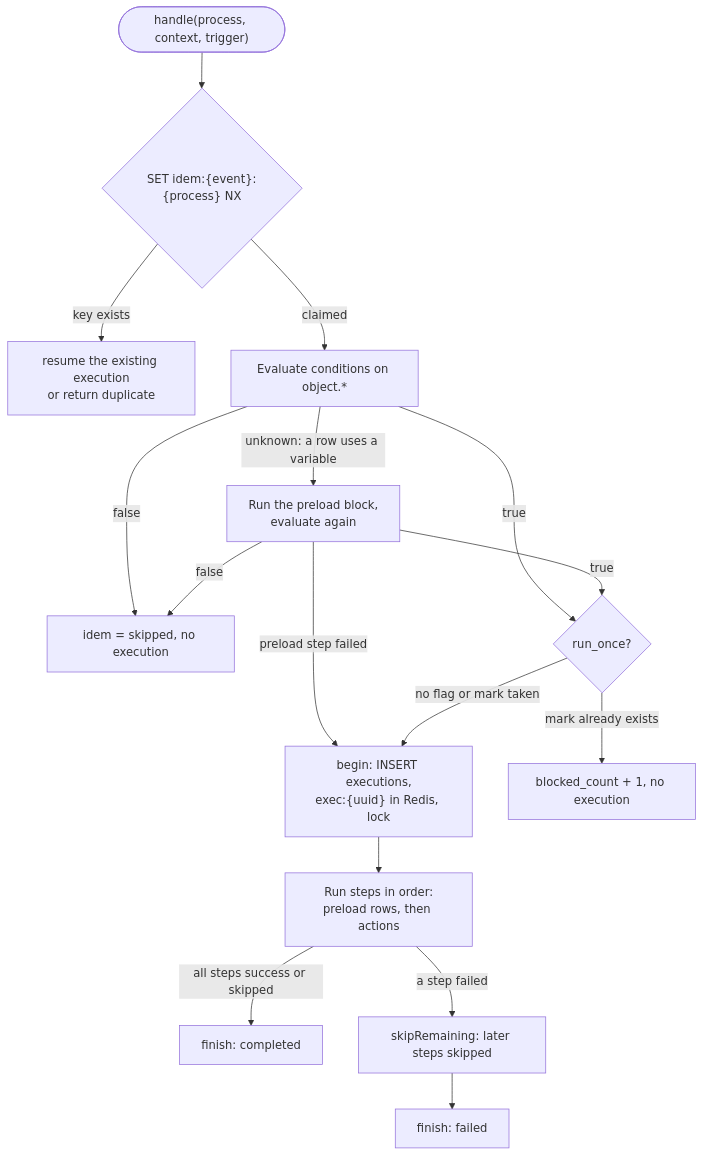
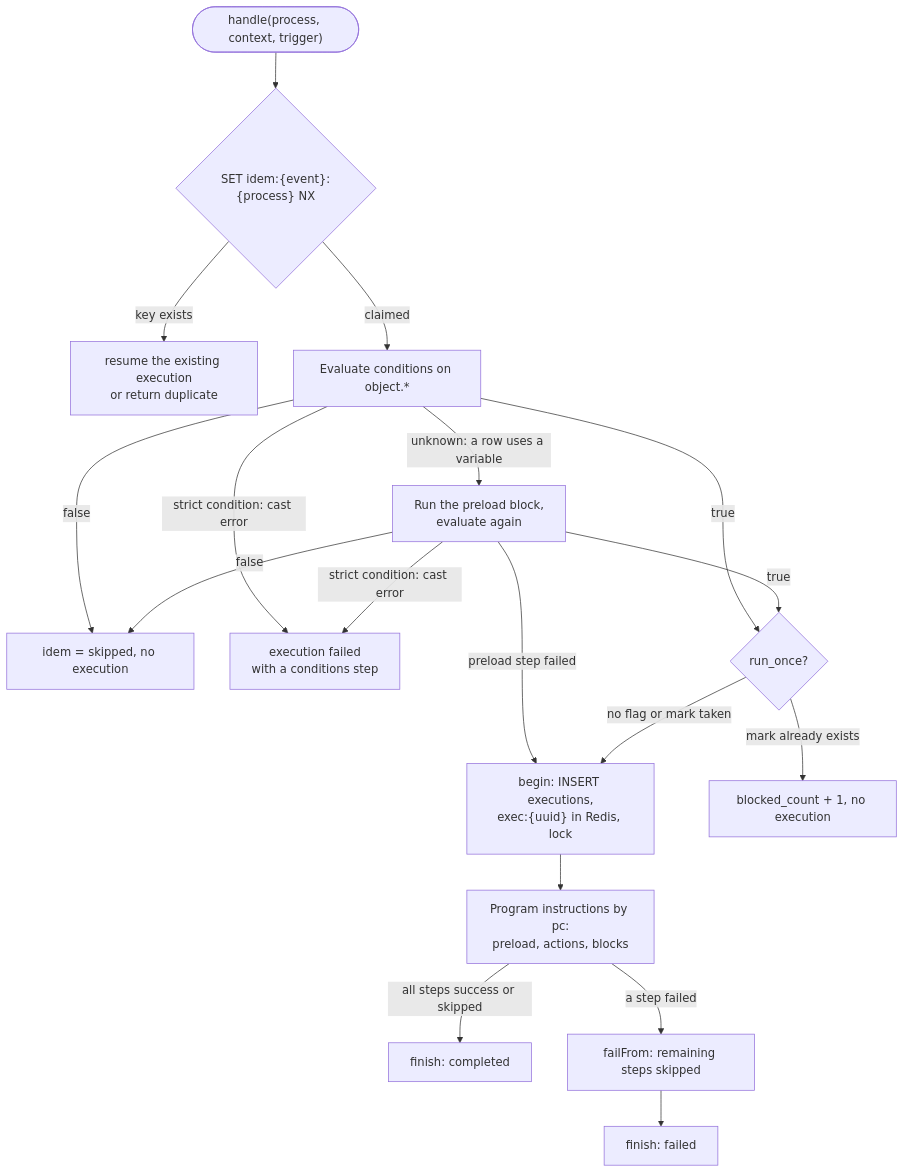
Before and after one commit to madarch-labs/Workflow-Processing-Service: the first of 6 diagrams in doc/en/05-architecture/execution-engine.md, drawn with Mermaid. The commit also changed other lines of this file and 470 other files, not shown here.

````diff
--- a/doc/en/05-architecture/execution-engine.md
+++ b/doc/en/05-architecture/execution-engine.md
@@ -33,17 +65,19 @@
 ```mermaid
 flowchart TB
     start(["handle(process, context, trigger)"]) --> idem{"SET idem:{event}:{process} NX"}
     idem -- "key exists" --> dup["resume the existing execution<br/>or return duplicate"]
     idem -- "claimed" --> cond["Evaluate conditions on object.*"]
     cond -- "unknown: a row uses a variable" --> lazy["Run the preload block,<br/>evaluate again"]
     cond -- "false" --> skip["idem = skipped, no execution"]
     lazy -- "false" --> skip
+    cond -- "strict condition: cast error" --> castfail["execution failed<br/>with a conditions step"]
+    lazy -- "strict condition: cast error" --> castfail
     lazy -- "preload step failed" --> begin
     cond -- "true" --> once
     lazy -- "true" --> once{"run_once?"}
     once -- "mark already exists" --> blocked["blocked_count + 1, no execution"]
     once -- "no flag or mark taken" --> begin["begin: INSERT executions,<br/>exec:{uuid} in Redis, lock"]
-    begin --> steps["Run steps in order:<br/>preload rows, then actions"]
+    begin --> steps["Program instructions by pc:<br/>preload, actions, blocks"]
     steps -- "all steps success or skipped" --> done["finish: completed"]
-    steps -- "a step failed" --> rest["skipRemaining: later steps skipped"] --> fail["finish: failed"]
+    steps -- "a step failed" --> rest["failFrom: remaining steps skipped"] --> fail["finish: failed"]
 ```
````
